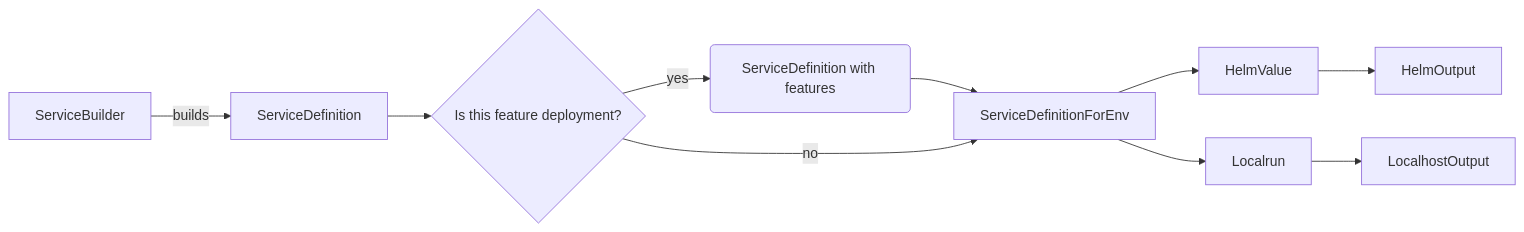
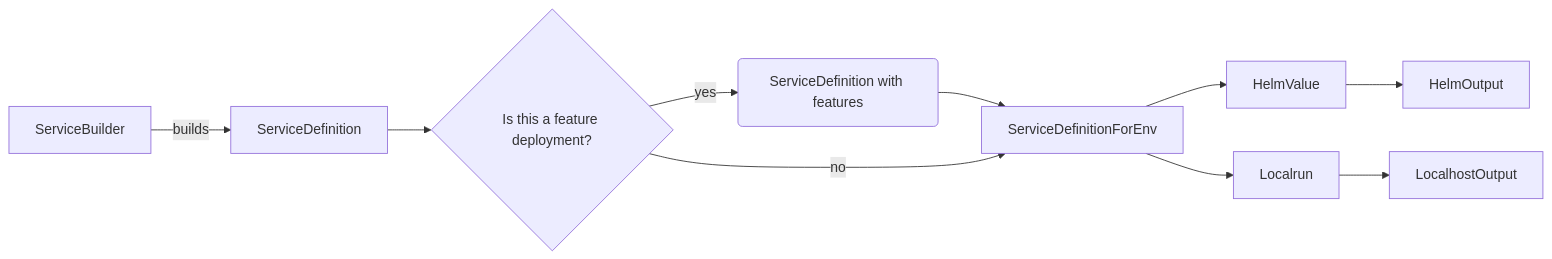
The diagram in infra/src/dsl/README.md (island-is/island.is), drawn with Mermaid before and after one commit. The commit also changed other lines of this file and 3 other files, not shown here.

````diff
--- a/infra/src/dsl/README.md
+++ b/infra/src/dsl/README.md
@@ -21,7 +21,7 @@
 ```mermaid
-  flowchart LR;
-    ServiceBuilder-->|builds|ServiceDefinition-->isFeatureDeployment{Is this feature deployment?}-->|yes|B(ServiceDefinition with features)-->ServiceDefinitionForEnv
+flowchart LR;
+    ServiceBuilder-->|builds|ServiceDefinition-->isFeatureDeployment{Is this a feature deployment?}-->|yes|B(ServiceDefinition with features)-->ServiceDefinitionForEnv
     isFeatureDeployment-->|no|ServiceDefinitionForEnv
     ServiceDefinitionForEnv-->HelmValue-->HelmOutput
     ServiceDefinitionForEnv-->Localrun-->LocalhostOutput
 ```
````
